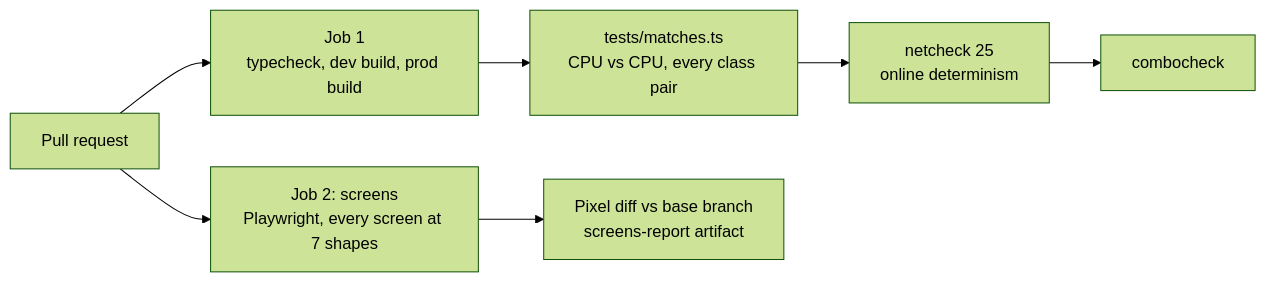
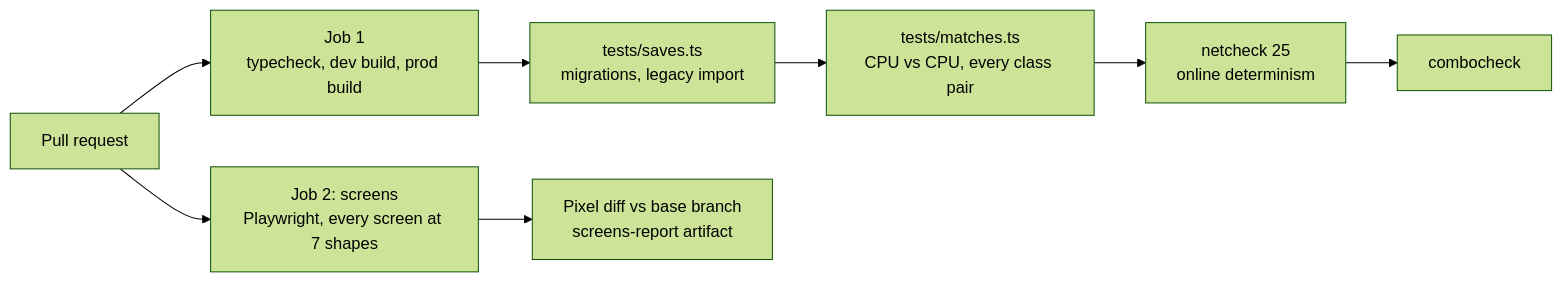
Before and after one commit to WesleyT4N/spell-vs-steel: diagram 14 of 14 in docs/ARCHITECTURE.md, drawn with Mermaid (forest theme). The commit also changed other lines of this file, not shown here.

First line of the commit message:
Architecture doc: saves module, lockstep driver and soak test, Hard CPU and styles, balance sweep and tuner

````diff
--- a/docs/ARCHITECTURE.md
+++ b/docs/ARCHITECTURE.md
@@ -316,9 +362,9 @@
 ```mermaid
 flowchart LR
   pr[Pull request] --> a["Job 1<br/>typecheck, dev build, prod build"]
-  a --> m["tests/matches.ts<br/>CPU vs CPU, every class pair"]
+  a --> sv["tests/saves.ts<br/>migrations, legacy import"] --> m["tests/matches.ts<br/>CPU vs CPU, every class pair"]
   m --> n["netcheck 25<br/>online determinism"]
   n --> c[combocheck]
   pr --> b["Job 2: screens<br/>Playwright, every screen at 7 shapes"]
   b --> d["Pixel diff vs base branch<br/>screens-report artifact"]
 ```
````
